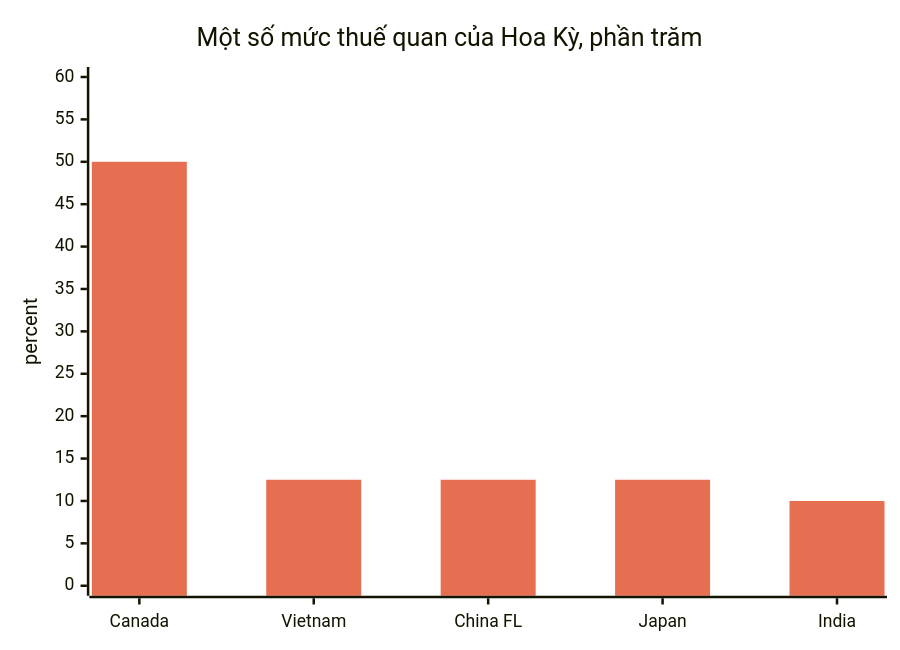
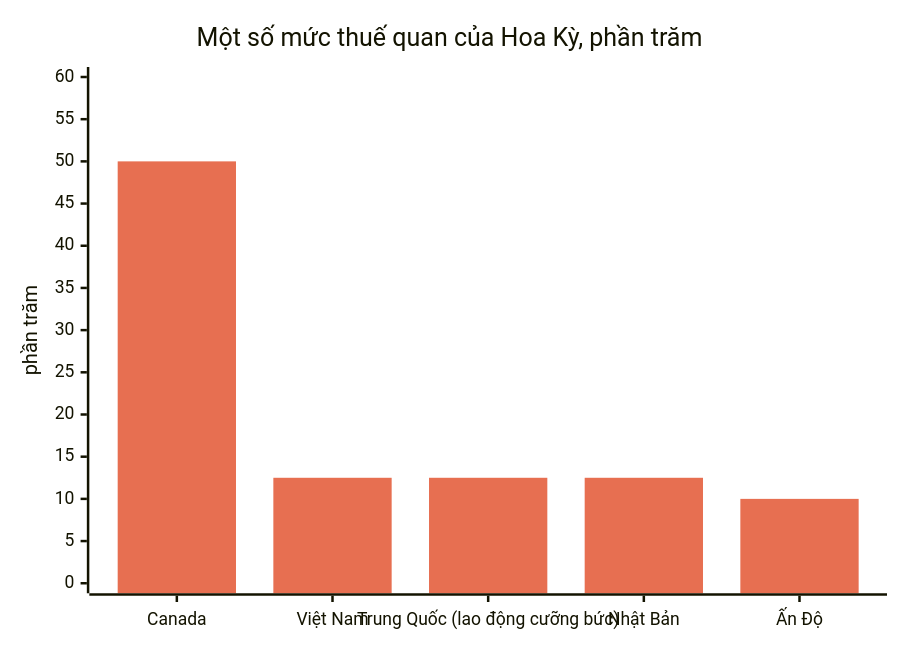
Before and after one commit to dureach/research: the first of 13 diagrams in Global-Trade-Intelligence-weekly-2026-11-16/index.vi.md, drawn with Mermaid. The commit also changed other lines of this file and 5 other files, not shown here.

````diff
--- a/Global-Trade-Intelligence-weekly-2026-11-16/index.vi.md
+++ b/Global-Trade-Intelligence-weekly-2026-11-16/index.vi.md
@@ -226,8 +226,8 @@
 ```mermaid
 %%{init: {'theme': 'base', 'themeVariables': {'xyChart': {'plotColorPalette': '#e76f51'}}}}%%
 xychart-beta
     title "Một số mức thuế quan của Hoa Kỳ, phần trăm"
-    x-axis ["Canada", "Vietnam", "China FL", "Japan", "India"]
-    y-axis "percent" 0 --> 60
+    x-axis ["Canada", "Việt Nam", "Trung Quốc (lao động cưỡng bức)", "Nhật Bản", "Ấn Độ"]
+    y-axis "phần trăm" 0 --> 60
     bar [50, 12.5, 12.5, 12.5, 10]
 ```
````
